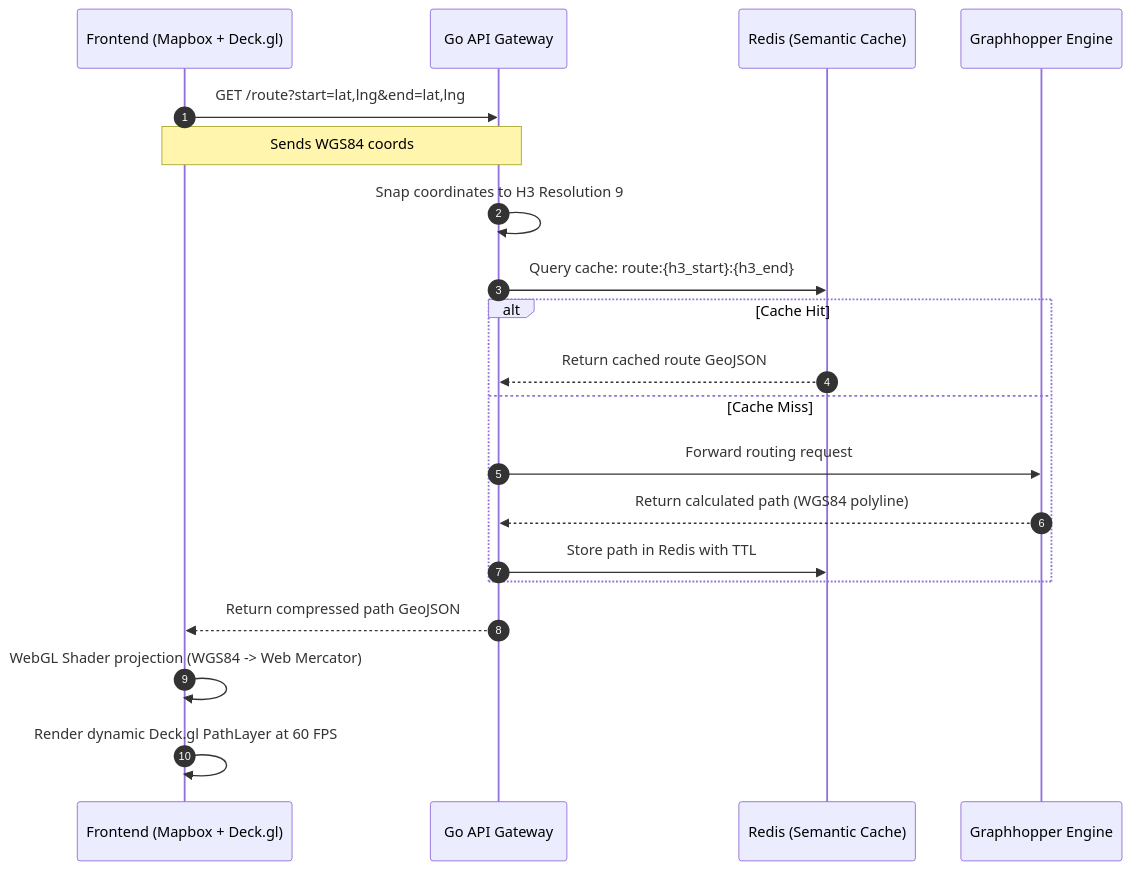
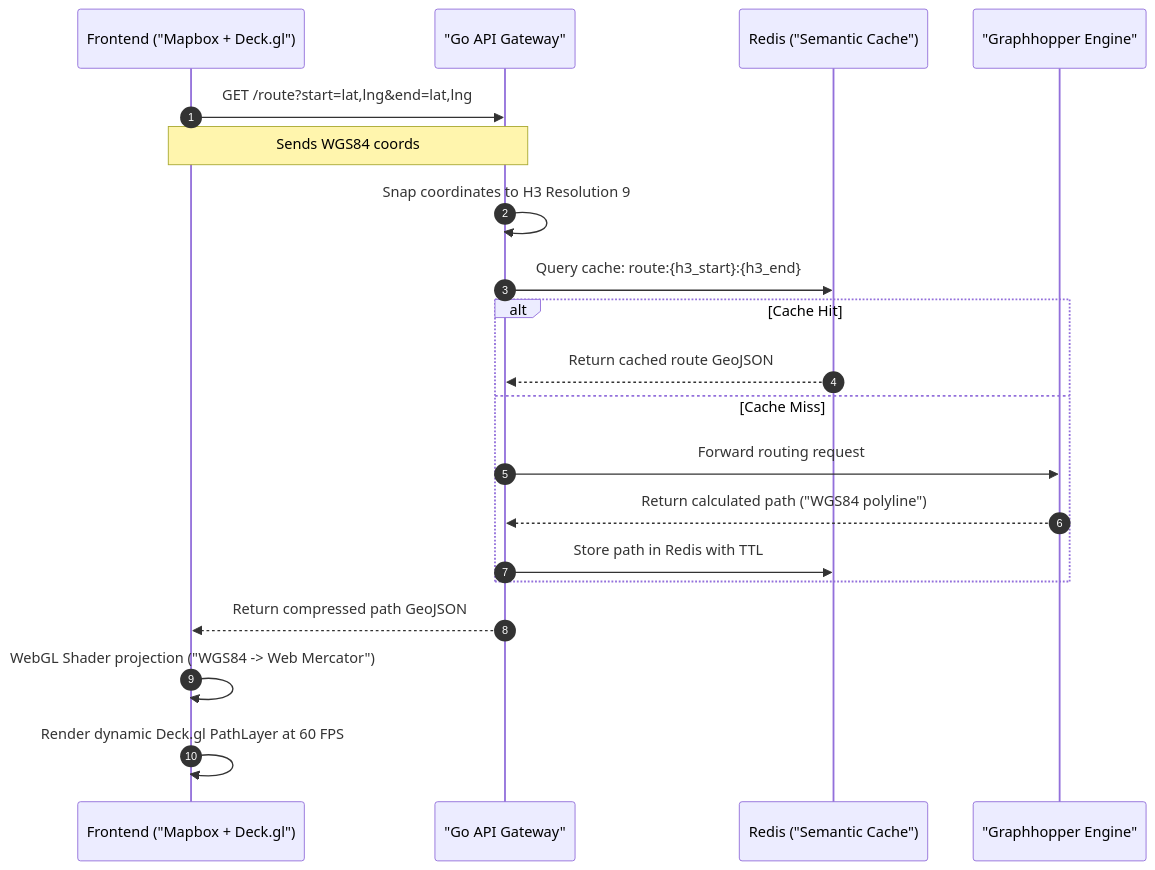
Before and after one commit to vesviet/vesviet: the second of 2 diagrams in content/series/routing-geospatial-architecture/part-5-visualization-ui.md, drawn with Mermaid. The commit also changed other lines of this file and 331 other files, not shown here.

````diff
--- a/content/series/routing-geospatial-architecture/part-5-visualization-ui.md
+++ b/content/series/routing-geospatial-architecture/part-5-visualization-ui.md
@@ -116,23 +118,23 @@
 ```mermaid
 sequenceDiagram
     autonumber
-    participant Client as Frontend (Mapbox + Deck.gl)
-    participant Gateway as Go API Gateway
-    participant Caching as Redis (Semantic Cache)
-    participant Router as Graphhopper Engine
+    participant Client as Frontend ("Mapbox + Deck.gl")
+    participant Gateway as "Go API Gateway"
+    participant Caching as Redis ("Semantic Cache")
+    participant Router as "Graphhopper Engine"
 
     Client->>Gateway: GET /route?start=lat,lng&end=lat,lng
     Note over Client, Gateway: Sends WGS84 coords
     Gateway->>Gateway: Snap coordinates to H3 Resolution 9
     Gateway->>Caching: Query cache: route:{h3_start}:{h3_end}
     alt Cache Hit
         Caching-->>Gateway: Return cached route GeoJSON
     else Cache Miss
         Gateway->>Router: Forward routing request
-        Router-->>Gateway: Return calculated path (WGS84 polyline)
+        Router-->>Gateway: Return calculated path ("WGS84 polyline")
         Gateway->>Caching: Store path in Redis with TTL
     end
     Gateway-->>Client: Return compressed path GeoJSON
-    Client->>Client: WebGL Shader projection (WGS84 -> Web Mercator)
+    Client->>Client: WebGL Shader projection ("WGS84 -> Web Mercator")
     Client->>Client: Render dynamic Deck.gl PathLayer at 60 FPS
 ```
````
